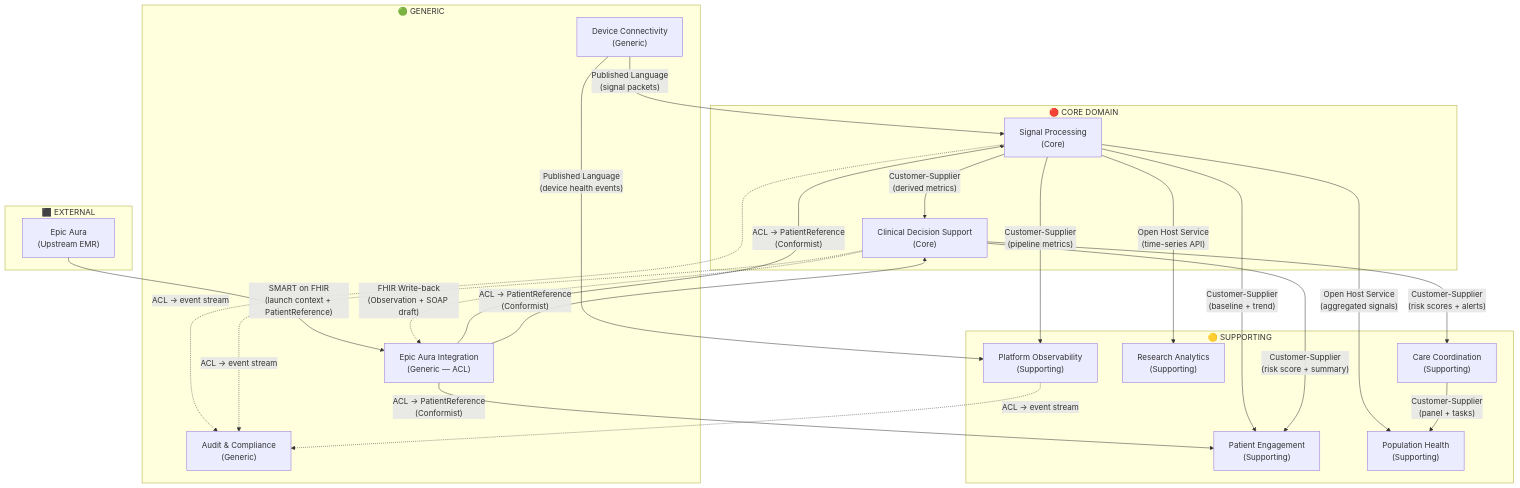
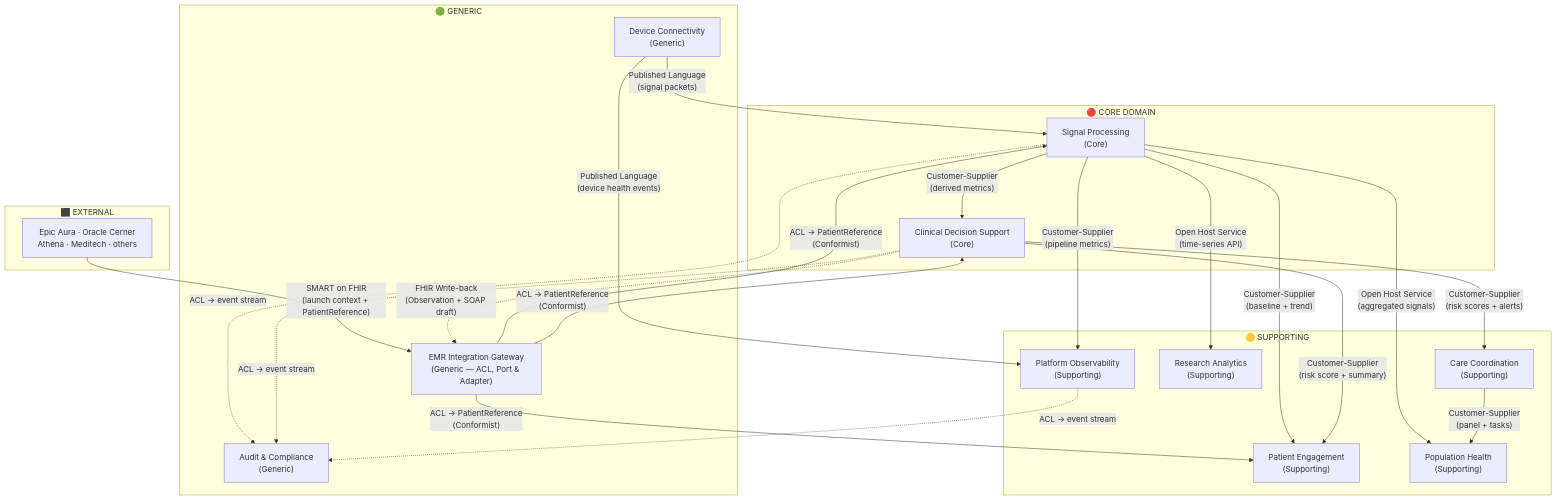
The first of 3 diagrams in projects/Multi-Signal Device/domain-model/domain-design.md (lgundlapalli/Accelerators), drawn with Mermaid before and after one commit. The commit also changed other lines of this file and 1 other file, not shown here.

First line of the commit message:
feat: replace Epic Bridge Gateway with generic EMR Integration Gateway (Port & Adapter)

````diff
--- a/projects/Multi-Signal Device/domain-model/domain-design.md
+++ b/projects/Multi-Signal Device/domain-model/domain-design.md
@@ -137,44 +158,44 @@
 ```mermaid
 graph TD
     subgraph Core["🔴 CORE DOMAIN"]
         SP["Signal Processing\n(Core)"]
         CDS["Clinical Decision Support\n(Core)"]
     end
 
     subgraph Supporting["🟡 SUPPORTING"]
         PE["Patient Engagement\n(Supporting)"]
         CC["Care Coordination\n(Supporting)"]
         RA["Research Analytics\n(Supporting)"]
         PH["Population Health\n(Supporting)"]
         OBS["Platform Observability\n(Supporting)"]
     end
 
     subgraph Generic["🟢 GENERIC"]
         AC["Audit & Compliance\n(Generic)"]
         DC["Device Connectivity\n(Generic)"]
-        EPIC["Epic Aura Integration\n(Generic — ACL)"]
+        EMR["EMR Integration Gateway\n(Generic — ACL, Port & Adapter)"]
     end
 
     subgraph External["⬛ EXTERNAL"]
-        EPICAURA["Epic Aura\n(Upstream EMR)"]
+        EMRSYS["Epic Aura · Oracle Cerner\nAthena · Meditech · others"]
     end
 
-    EPICAURA -->|"SMART on FHIR\n(launch context + PatientReference)"| EPIC
-    EPIC -->|"ACL → PatientReference\n(Conformist)"| SP
-    EPIC -->|"ACL → PatientReference\n(Conformist)"| CDS
-    EPIC -->|"ACL → PatientReference\n(Conformist)"| PE
-    CDS -.->|"FHIR Write-back\n(Observation + SOAP draft)"| EPIC
+    EMRSYS -->|"SMART on FHIR\n(launch context + PatientReference)"| EMR
+    EMR -->|"ACL → PatientReference\n(Conformist)"| SP
+    EMR -->|"ACL → PatientReference\n(Conformist)"| CDS
+    EMR -->|"ACL → PatientReference\n(Conformist)"| PE
+    CDS -.->|"FHIR Write-back\n(Observation + SOAP draft)"| EMR
     DC -->|"Published Language\n(signal packets)"| SP
     SP -->|"Customer-Supplier\n(derived metrics)"| CDS
     SP -->|"Customer-Supplier\n(baseline + trend)"| PE
     SP -->|"Open Host Service\n(time-series API)"| RA
     SP -->|"Open Host Service\n(aggregated signals)"| PH
     CDS -->|"Customer-Supplier\n(risk scores + alerts)"| CC
     CDS -->|"Customer-Supplier\n(risk score + summary)"| PE
     CC -->|"Customer-Supplier\n(panel + tasks)"| PH
     SP -.->|"ACL → event stream"| AC
     CDS -.->|"ACL → event stream"| AC
     DC -->|"Published Language\n(device health events)"| OBS
     SP -->|"Customer-Supplier\n(pipeline metrics)"| OBS
     OBS -.->|"ACL → event stream"| AC
 ```
````
